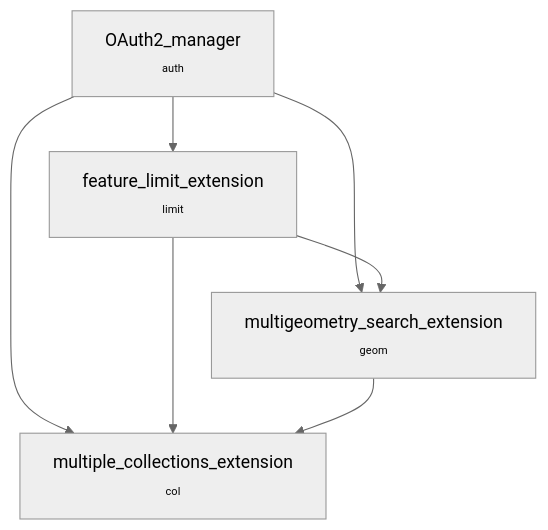
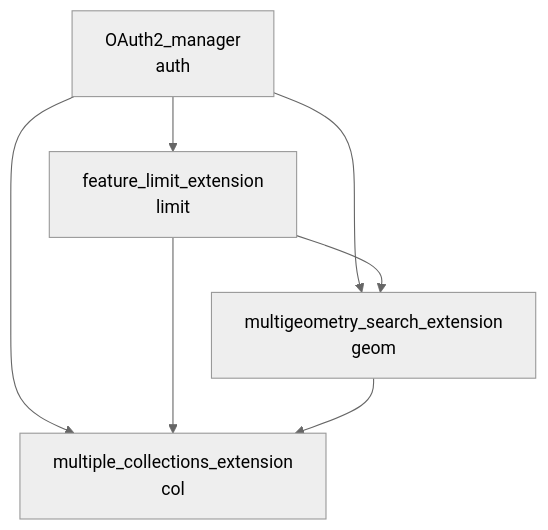
The diagram in README.md (Geovation/catalyst-ngd-wrappers-python), drawn with Mermaid (neutral theme) before and after one commit.

Commit message:
making italics

````diff
--- a/README.md
+++ b/README.md
@@ -13,10 +13,10 @@
 ```mermaid
 graph TD
-    A[OAuth2_manager<br><font size=1>auth</font>]
-    --> B[feature_limit_extension<br><font size=1>limit</font>]
-    A --> C[multigeometry_search_extension<br><font size=1>geom</font>]
-    A --> D[multiple_collections_extension<br><font size=1>col</font>]
+    A[OAuth2_manager<br><font font-style=italic>auth</font>]
+    --> B[feature_limit_extension<br><font font-style=italic>limit</font>]
+    A --> C[multigeometry_search_extension<br><font font-style=italic>geom</font>]
+    A --> D[multiple_collections_extension<br><font font-style=italic>col</font>]
     B --> C
     B --> D
     C --> D
 ```
````
